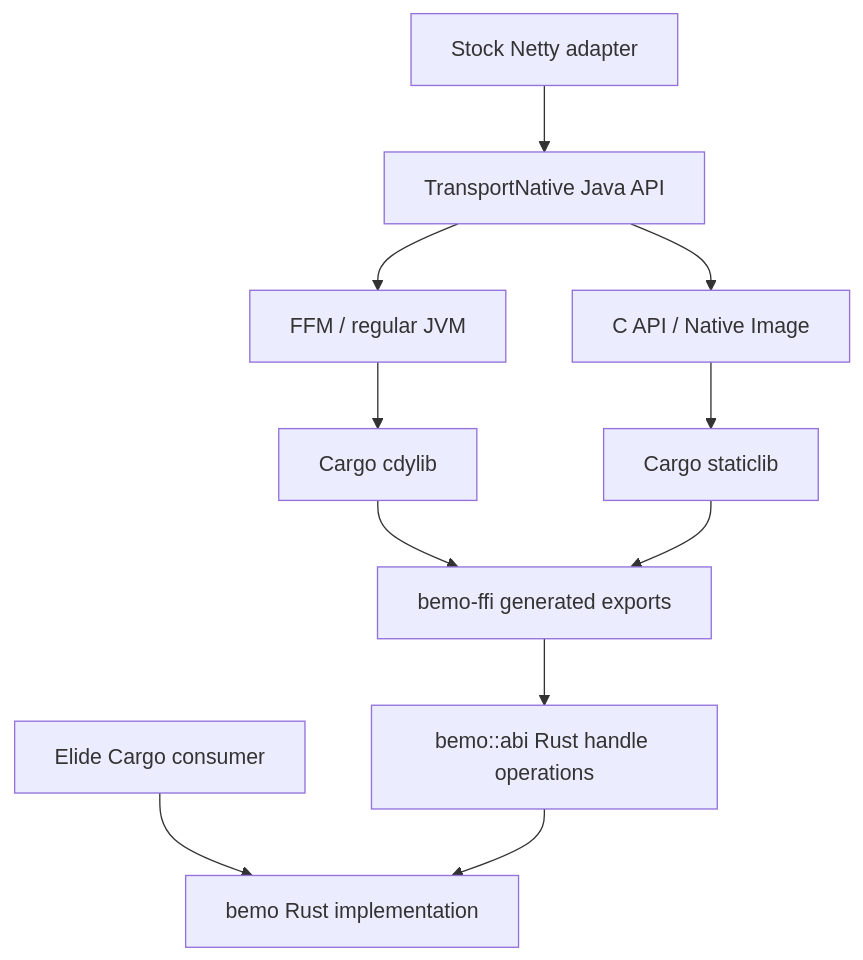
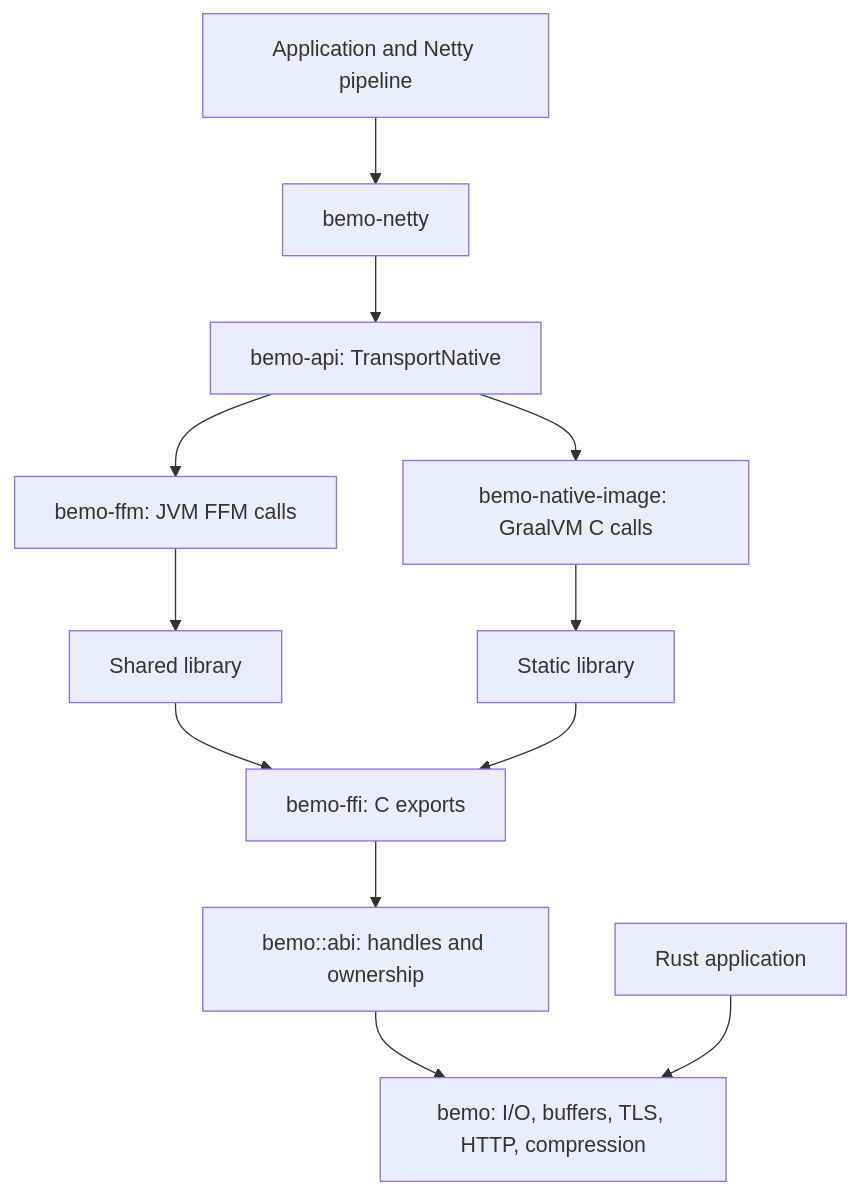
One commit to elide-dev/bemo changed the diagram in docs/architecture.md. Above: the diagram before and after it, drawn with Mermaid. The commit also changed other lines of this file and 2 other files, not shown here.

````diff
--- a/docs/architecture.md
+++ b/docs/architecture.md
@@ -3,13 +9,14 @@
 ```mermaid
 flowchart TD
-  Elide[Elide Cargo consumer] --> Core[bemo Rust implementation]
-  Netty[Stock Netty adapter] --> API[TransportNative Java API]
-  API --> FFM[FFM / regular JVM]
-  API --> SVM[C API / Native Image]
-  FFM --> Shared[Cargo cdylib]
-  SVM --> Static[Cargo staticlib]
-  Shared --> ABI[bemo-ffi generated exports]
-  Static --> ABI
-  ABI --> Handles[bemo::abi Rust handle operations]
-  Handles --> Core
+  App[Application and Netty pipeline] --> Netty[bemo-netty]
+  Netty --> API[bemo-api: TransportNative]
+  API --> FFM[bemo-ffm: JVM FFM calls]
+  API --> SVM[bemo-native-image: GraalVM C calls]
+  FFM --> Shared[Shared library]
+  SVM --> Static[Static library]
+  Shared --> Exports[bemo-ffi: C exports]
+  Static --> Exports
+  Exports --> Handles[bemo::abi: handles and ownership]
+  Handles --> Core[bemo: I/O, buffers, TLS, HTTP, compression]
+  Rust[Rust application] --> Core
 ```
````
